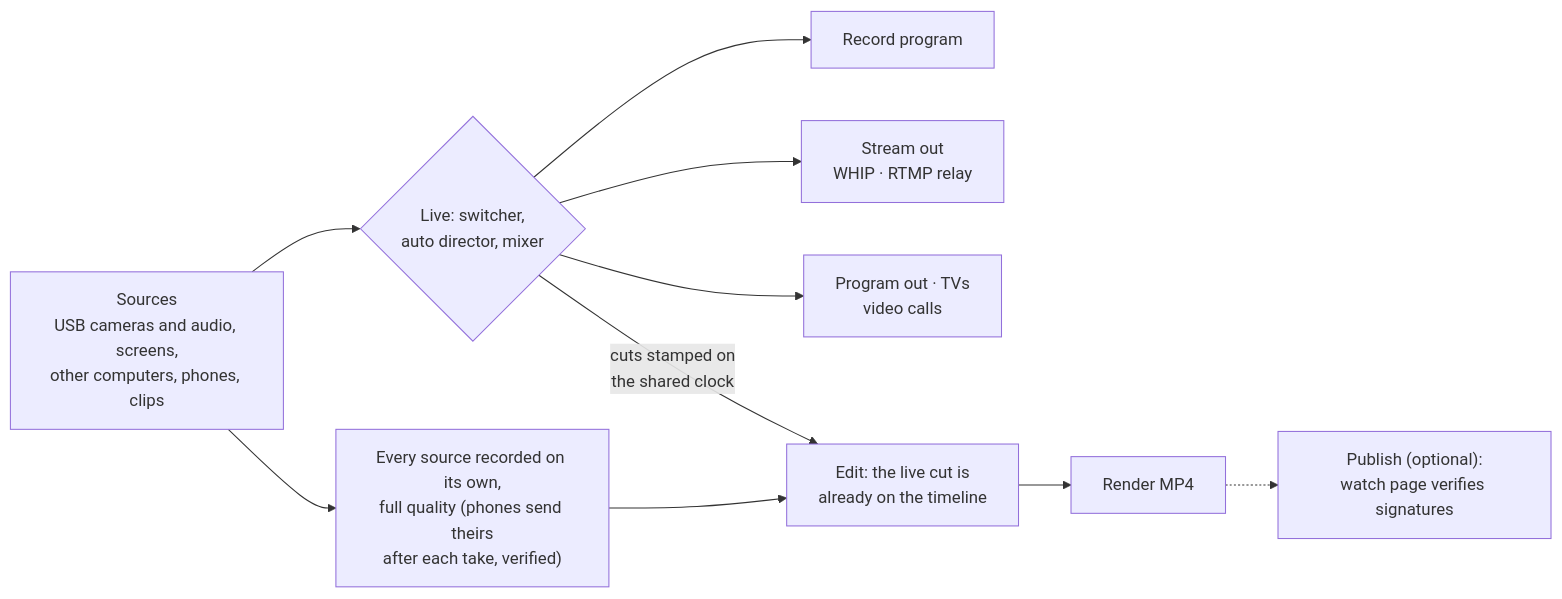
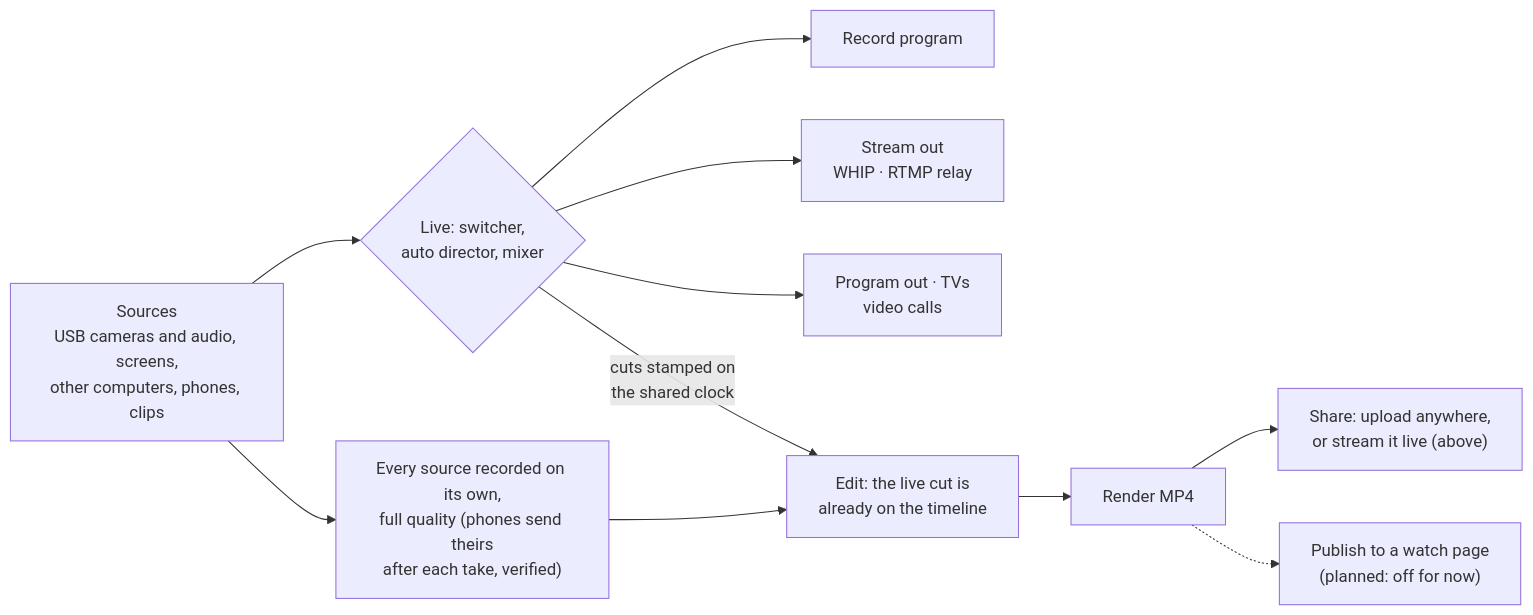
Before and after one commit to jtalbott22/vuemesh: the fourth of 4 diagrams in README.md, drawn with Mermaid. The commit also changed other lines of this file and 5 other files, not shown here.

````diff
--- a/README.md
+++ b/README.md
@@ -353,12 +359,13 @@
 ```mermaid
 flowchart LR
   A["Sources<br/>USB cameras and audio, screens,<br/>other computers, phones, clips"] --> C{"Live: switcher,<br/>auto director, mixer"}
   C --> D["Record program"]
   C --> E["Stream out<br/>WHIP · RTMP relay"]
   C --> F["Program out · TVs<br/>video calls"]
   A --> G["Every source recorded on its own,<br/>full quality (phones send theirs<br/>after each take, verified)"]
   C -- "cuts stamped on<br/>the shared clock" --> H["Edit: the live cut is<br/>already on the timeline"]
   G --> H
   H --> I["Render MP4"]
-  I -.-> J["Publish (optional):<br/>watch page verifies signatures"]
+  I --> K["Share: upload anywhere,<br/>or stream it live (above)"]
+  I -.-> J["Publish to a watch page<br/>(planned: off for now)"]
 ```
````
